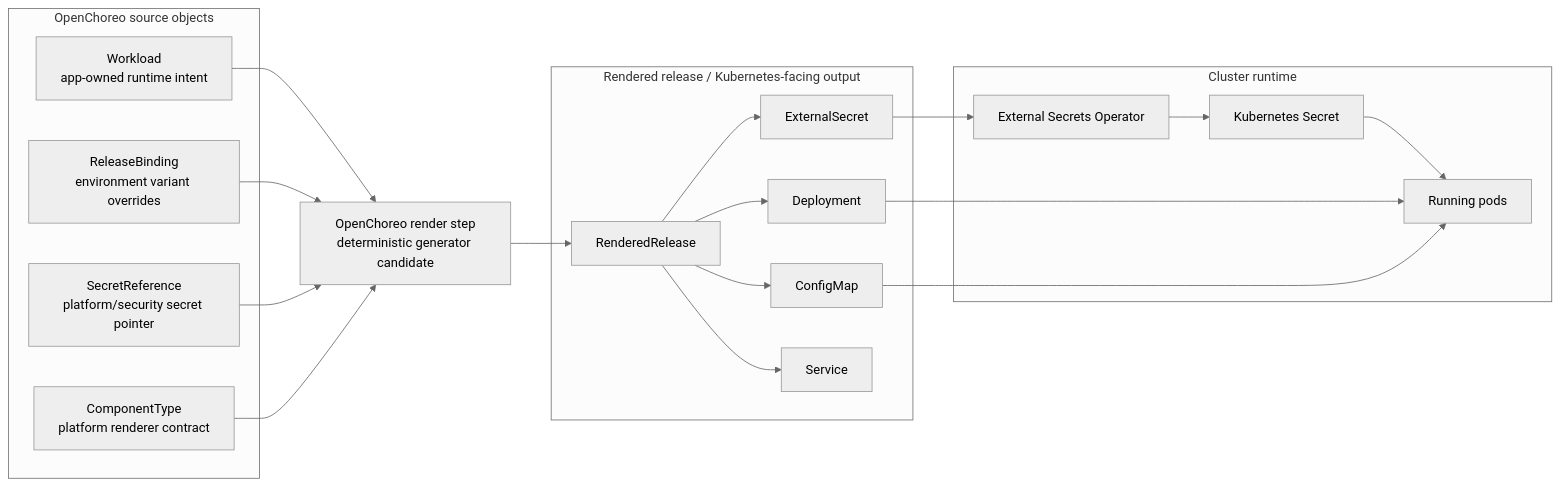
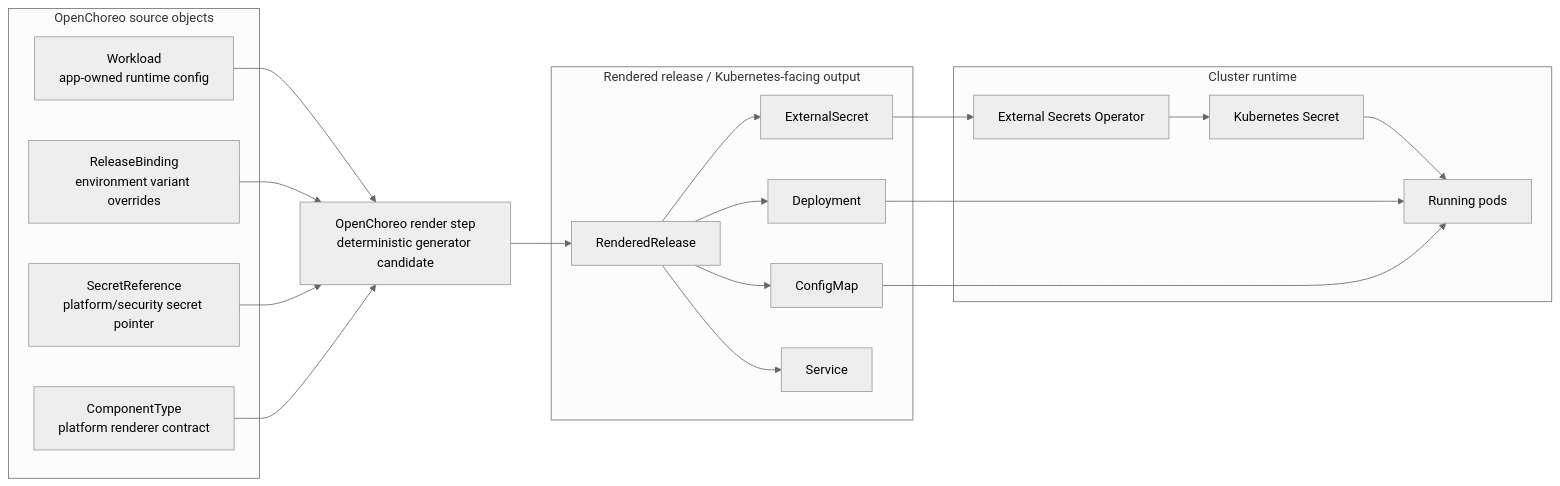
Before and after one commit to confighub/cub-gen: the first of 3 diagrams in docs/agentic-gitops/03-worked-examples/05-openchoreo-generator-worked-example.md, drawn with Mermaid (neutral theme). The commit also changed other lines of this file and 39 other files, not shown here.

````diff
--- a/docs/agentic-gitops/03-worked-examples/05-openchoreo-generator-worked-example.md
+++ b/docs/agentic-gitops/03-worked-examples/05-openchoreo-generator-worked-example.md
@@ -41,38 +41,38 @@
 ```mermaid
 flowchart LR
   subgraph DRY["OpenChoreo source objects"]
-    W["Workload<br/>app-owned runtime intent"]
+    W["Workload<br/>app-owned runtime config"]
     RB["ReleaseBinding<br/>environment variant overrides"]
     SR["SecretReference<br/>platform/security secret pointer"]
     CT["ComponentType<br/>platform renderer contract"]
   end
 
   GEN["OpenChoreo render step<br/>deterministic generator candidate"]
 
   subgraph WET["Rendered release / Kubernetes-facing output"]
     RR["RenderedRelease"]
     DEP["Deployment"]
     CM["ConfigMap"]
     ES["ExternalSecret"]
     SVC["Service"]
   end
 
   subgraph LIVE["Cluster runtime"]
     ESO["External Secrets Operator"]
     SEC["Kubernetes Secret"]
     POD["Running pods"]
   end
 
   W --> GEN
   RB --> GEN
   SR --> GEN
   CT --> GEN
   GEN --> RR
   RR --> DEP
   RR --> CM
   RR --> ES
   RR --> SVC
   ES --> ESO --> SEC --> POD
   DEP --> POD
   CM --> POD
 ```
````
